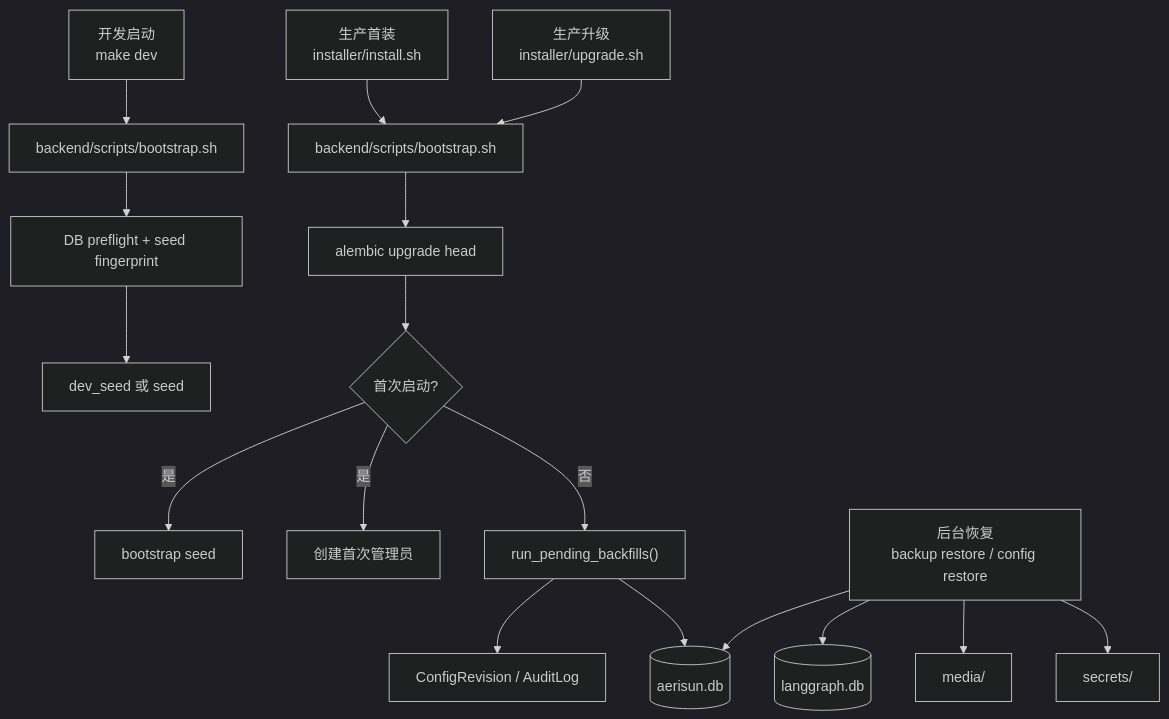
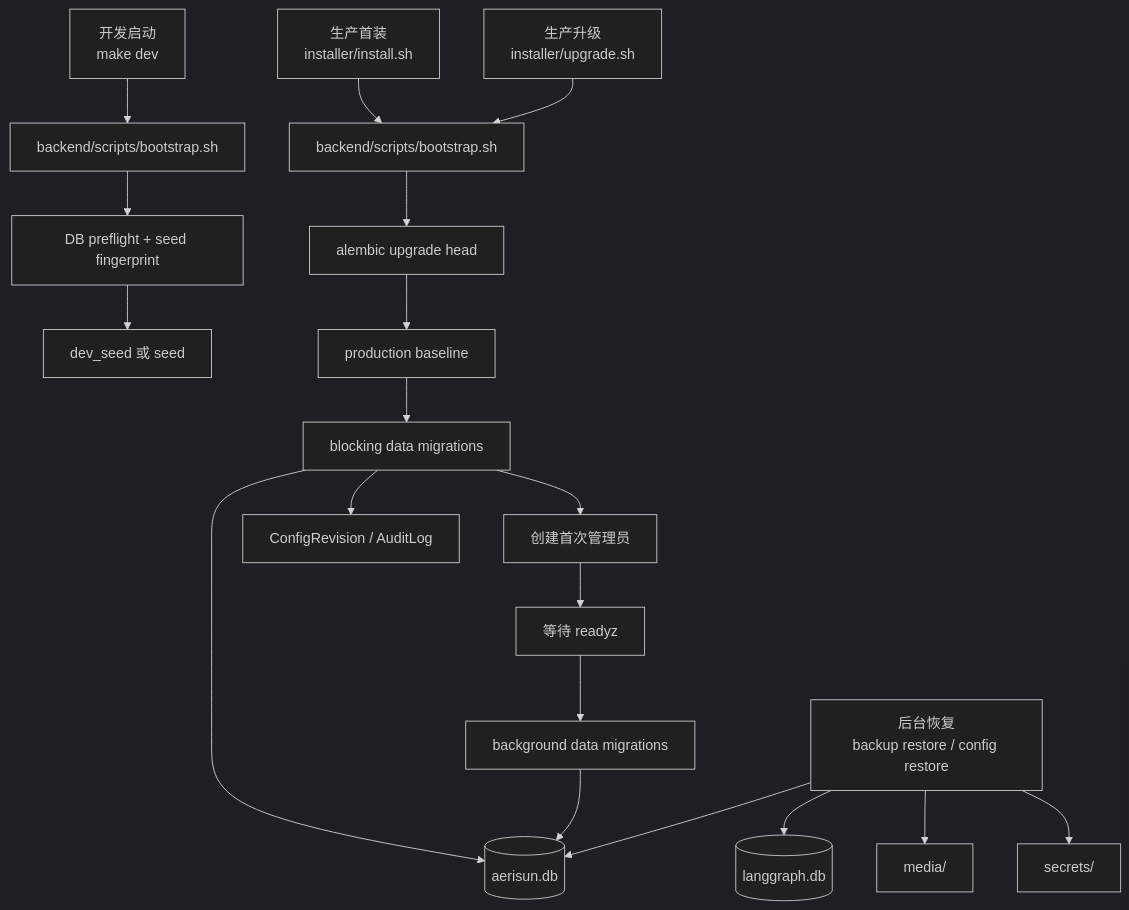
The fifth of 8 diagrams in docs/architecture.md (Aerisun/Serino), drawn with Mermaid (dark theme) before and after one commit. The commit also changed other lines of this file and 24 other files, not shown here.

````diff
--- a/docs/architecture.md
+++ b/docs/architecture.md
@@ -304,23 +304,25 @@
 ```mermaid
 flowchart TB
     Dev["开发启动\nmake dev"] --> DevBootstrap["backend/scripts/bootstrap.sh"]
     FirstBoot["生产首装\ninstaller/install.sh"] --> ProdBootstrap["backend/scripts/bootstrap.sh"]
     Upgrade["生产升级\ninstaller/upgrade.sh"] --> ProdBootstrap
 
     DevBootstrap --> DevPreflight["DB preflight + seed fingerprint"]
     DevPreflight --> DevSeed["dev_seed 或 seed"]
 
     ProdBootstrap --> Migrate["alembic upgrade head"]
-    Migrate --> FirstCheck{"首次启动?"}
-    FirstCheck -->|是| BootstrapSeed["bootstrap seed"]
-    FirstCheck -->|是| FirstAdmin["创建首次管理员"]
-    FirstCheck -->|否| Backfill["run_pending_backfills()"]
+    Migrate --> Baseline["production baseline"]
+    Baseline --> Blocking["blocking data migrations"]
+    Blocking --> FirstAdmin["创建首次管理员"]
+    FirstAdmin --> Ready["等待 readyz"]
+    Ready --> Background["background data migrations"]
 
-    Backfill --> ConfigRevisions["ConfigRevision / AuditLog"]
-    Backfill --> MainDB[("aerisun.db")]
+    Blocking --> ConfigRevisions["ConfigRevision / AuditLog"]
+    Blocking --> MainDB[("aerisun.db")]
+    Background --> MainDB
 
     Restore["后台恢复\nbackup restore / config restore"] --> MainDB
     Restore --> WorkflowDB[("langgraph.db")]
     Restore --> Media["media/"]
     Restore --> Secrets["secrets/"]
 ```
````
